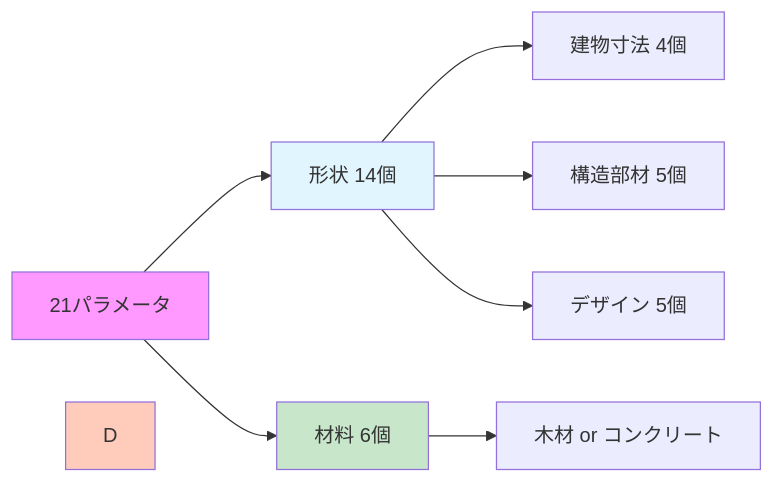
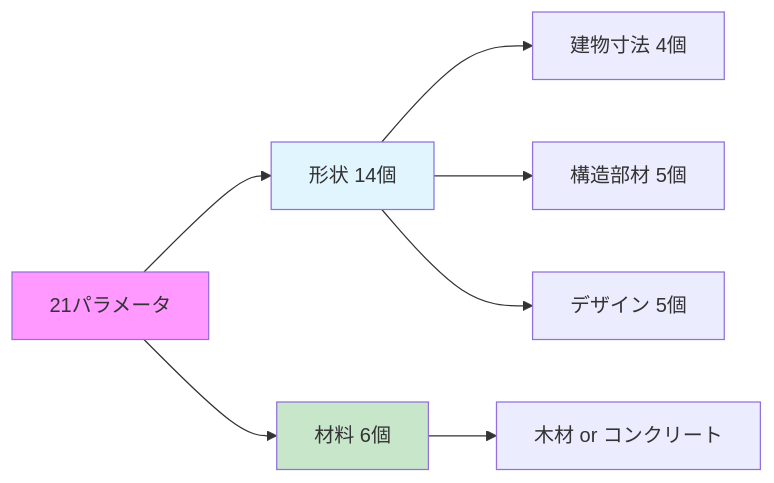
The fourth of 5 diagrams in docs/generate_building_fem_analyze_report.md (jkushida/ai-arch), drawn with Mermaid before and after one commit. The commit also changed other lines of this file and 3 other files, not shown here.

First line of the commit message:
Fix Mermaid diagram line breaks - use <br/> instead of \n

````diff
--- a/docs/generate_building_fem_analyze_report.md
+++ b/docs/generate_building_fem_analyze_report.md
@@ -100,16 +100,15 @@
 ```mermaid
 graph LR
     A["21パラメータ"] --> B["形状 14個"]
     A --> C["材料 6個"]
     
     B --> B1["建物寸法 4個"]
     B --> B2["構造部材 5個"]
     B --> B3["デザイン 5個"]
     
     C --> C1["木材 or コンクリート"]
     
     style A fill:#f9f
     style B fill:#e1f5fe
     style C fill:#c8e6c9
-    style D fill:#ffccbc
 ```
````
